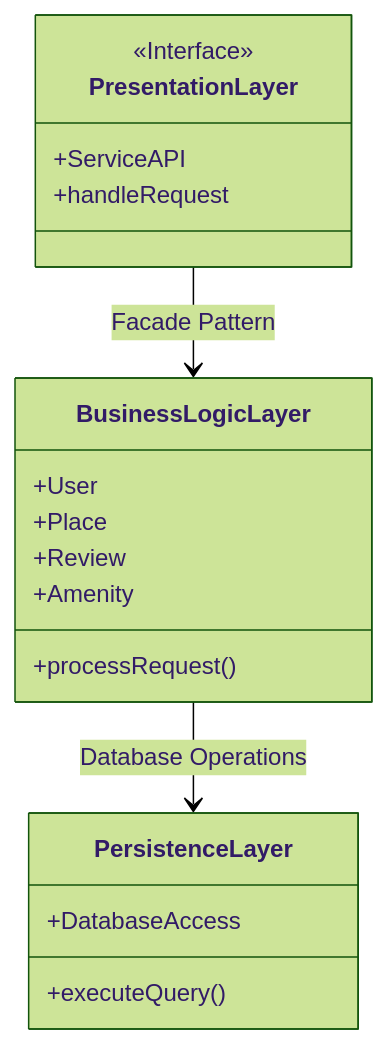
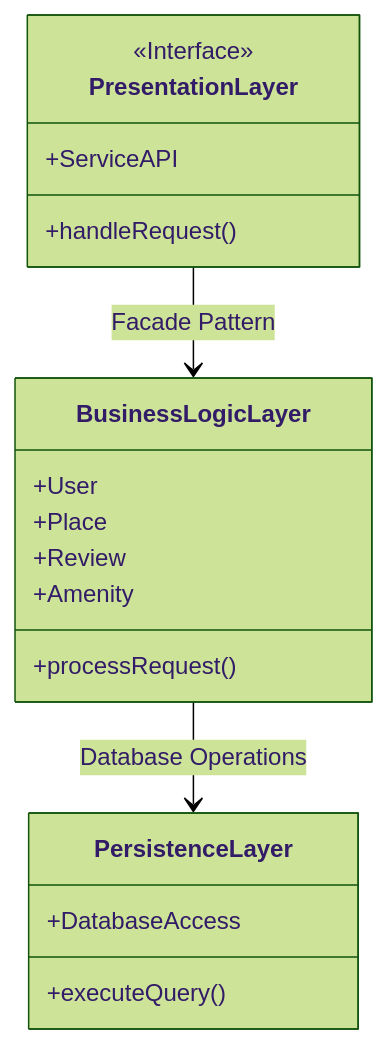
Before and after one commit to HectorPR4546/holbertonschool-hbnb: the diagram in part1/Task 0.mmd, drawn with Mermaid (forest theme).

Commit message:
Minor Fix

```diff
--- a/part1/Task 0.mmd
+++ b/part1/Task 0.mmd
@@ -1,29 +1,29 @@
 %%This is a Diagram example for Task 0
 
 %%Diagram type
 
 classDiagram
 
 %%Nodes and Contents
 
 class PresentationLayer {
     <<Interface>>
     +ServiceAPI
-    +handleRequest
+    +handleRequest ()
 }
 class BusinessLogicLayer {
     +User
     +Place
     +Review
     +Amenity
     +processRequest()
 }
 class PersistenceLayer {
     +DatabaseAccess
     +executeQuery()
 }
 
 %%Element Display order and line labels
 
 PresentationLayer --> BusinessLogicLayer : Facade Pattern
 BusinessLogicLayer --> PersistenceLayer : Database Operations
```
